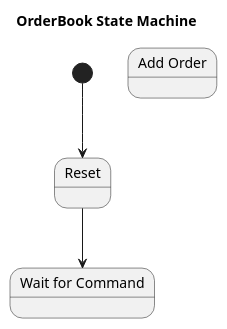
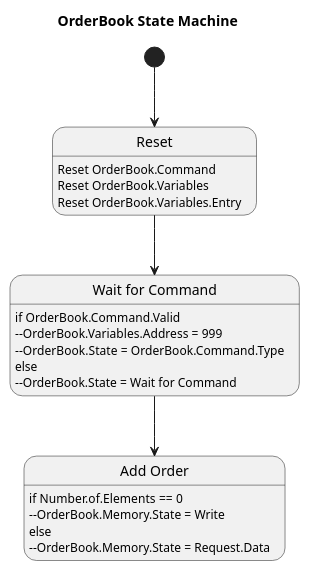
One commit to fpganow/OrderBook changed the diagram in diagrams/OrderBook.State.Machine.plantuml. Above: the diagram before and after it, drawn with PlantUML.

```diff
--- a/diagrams/OrderBook.State.Machine.plantuml
+++ b/diagrams/OrderBook.State.Machine.plantuml
@@ -1,83 +1,93 @@
 @startuml OrderBook State Machine
 
 title OrderBook State Machine
 
 /'
 Input Signals
   OrderBook.Command
   Reset
   OrderBook.Command.Valid
   Ready.For.OrderBook.Result
 Output Signals
   OrderBook.Result
   OrderBook.Result.Valid
   Ready.For.OrderBook.Command
 Signals
 '/
 
-state "Reset" as Reset
-state "Wait for Command" as Wait
-state "Add Order" as Add_Order
+state "Reset" as Reset: Reset OrderBook.Command
+state "Reset" as Reset: Reset OrderBook.Variables
+state "Reset" as Reset: Reset OrderBook.Variables.Entry
+state "Wait for Command" as Wait: if OrderBook.Command.Valid
+state "Wait for Command" as Wait: --OrderBook.Variables.Address = 999
+state "Wait for Command" as Wait: --OrderBook.State = OrderBook.Command.Type
+state "Wait for Command" as Wait: else
+state "Wait for Command" as Wait: --OrderBook.State = Wait for Command
+state "Add Order" as Add_Order: if Number.of.Elements == 0
+state "Add Order" as Add_Order: --OrderBook.Memory.State = Write
+state "Add Order" as Add_Order: else
+state "Add Order" as Add_Order: --OrderBook.Memory.State = Request.Data
+
 
 
 
 [*] --> Reset
 Reset --> Wait
-
+Wait --> Add_Order
 'state "Read Sequenced Unit Header" as Rsuh: Read 8 bytes
 'state "Read Sequenced Unit Header" as Rsuh: Save Hdr Length
 'state "Read Sequenced Unit Header" as Rsuh: Hdr Length = (msg_buffer[0] << 8 | msg_buffer[1])
 'Rsuh --> Rmsg : Read 2 bytes
 
 /'
 state "Read Message Type and Length" as Rmsg: Message Length = msg_buffer[0]
 state "Read Message Type and Length" as Rmsg: Message Type = msg_buffer[1]
 Rmsg --> Read_Time
 Read_Time --> Save_Time
 Save_Time -> Rmsg
 Rmsg --> Read_Add_Order
 Read_Add_Order --> SOO
 Rmsg --> Read_Order_Executed
 Read_Order_Executed --> SOO
 Rmsg --> Read_Reduce_Size
 Read_Reduce_Size --> SOO
 Rmsg --> Read_Modify_Order
 Read_Modify_Order --> SOO
 Rmsg --> Read_Delete_Order
 Read_Delete_Order --> SOO
 
 SOO -> Rmsg
 
 state "Read Time" as Read_Time: seconds since midnight (4 bytes)
 state "Read Time" as Read_Time: Time = (msg_buffer[0] << 24) | (msg_buffer[1] << 16) |
 state "Read Time" as Read_Time:     (msg_buffer[2] << 8) | (msg_buffer[3])
 
 state "Read Add Order" as Read_Add_Order: 3 sub-types
 state "Read Add Order" as Read_Add_Order: Add Order (long)
 state "Read Add Order" as Read_Add_Order: Add Order (short)
 state "Read Add Order" as Read_Add_Order: Add Order (expanded)
 
 state "Read Order Executed" as Read_Order_Executed: 2 sub-types
 state "Read Order Executed" as Read_Order_Executed: Order Executed 
 state "Read Order Executed" as Read_Order_Executed: Order Executed at Price/Size
 
 state "Read Reduce Size" as Read_Reduce_Size: 2 sub-types
 state "Read Reduce Size" as Read_Reduce_Size: Reduce Size (short)
 state "Read Reduce Size" as Read_Reduce_Size: Reduce Size (long)
 
 state "Read Modify Order" as Read_Modify_Order: 2 sub-types
 state "Read Modify Order" as Read_Modify_Order: Modify (short)
 state "Read Modify Order" as Read_Modify_Order: Modify (long)
 
 state "Save/Reset Time" as Save_Time: Reset clock
 state "Send to Order Book" as SOO: Send normalized format to Order Book
 
 SOO --> [*]
 '/
 
 'state ProcessingTask {
 '  [*] --> long1
 '  long1 --> ProcessData : Enough Data
 '}
 'ProcessingTask -> [*]
 @enduml
```
